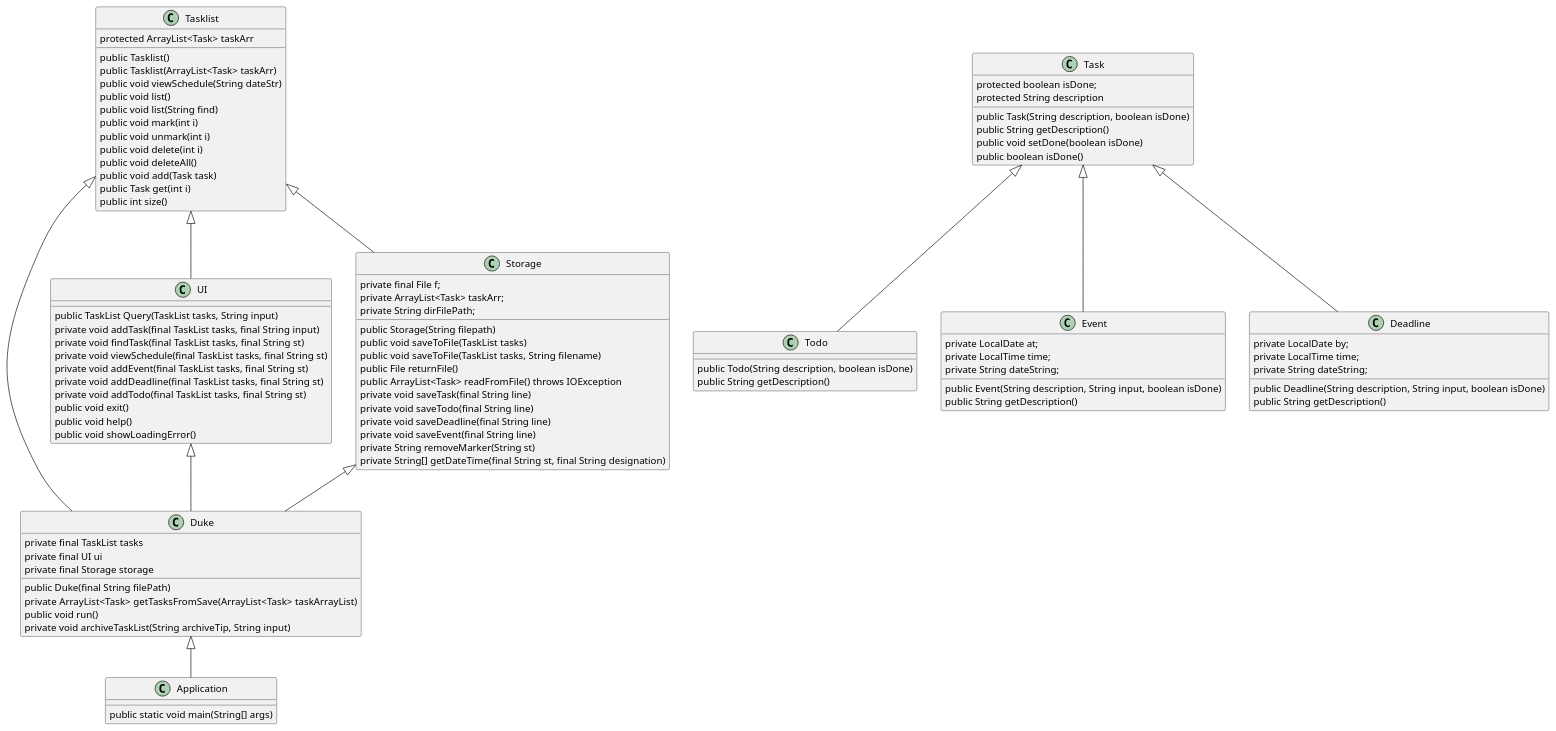
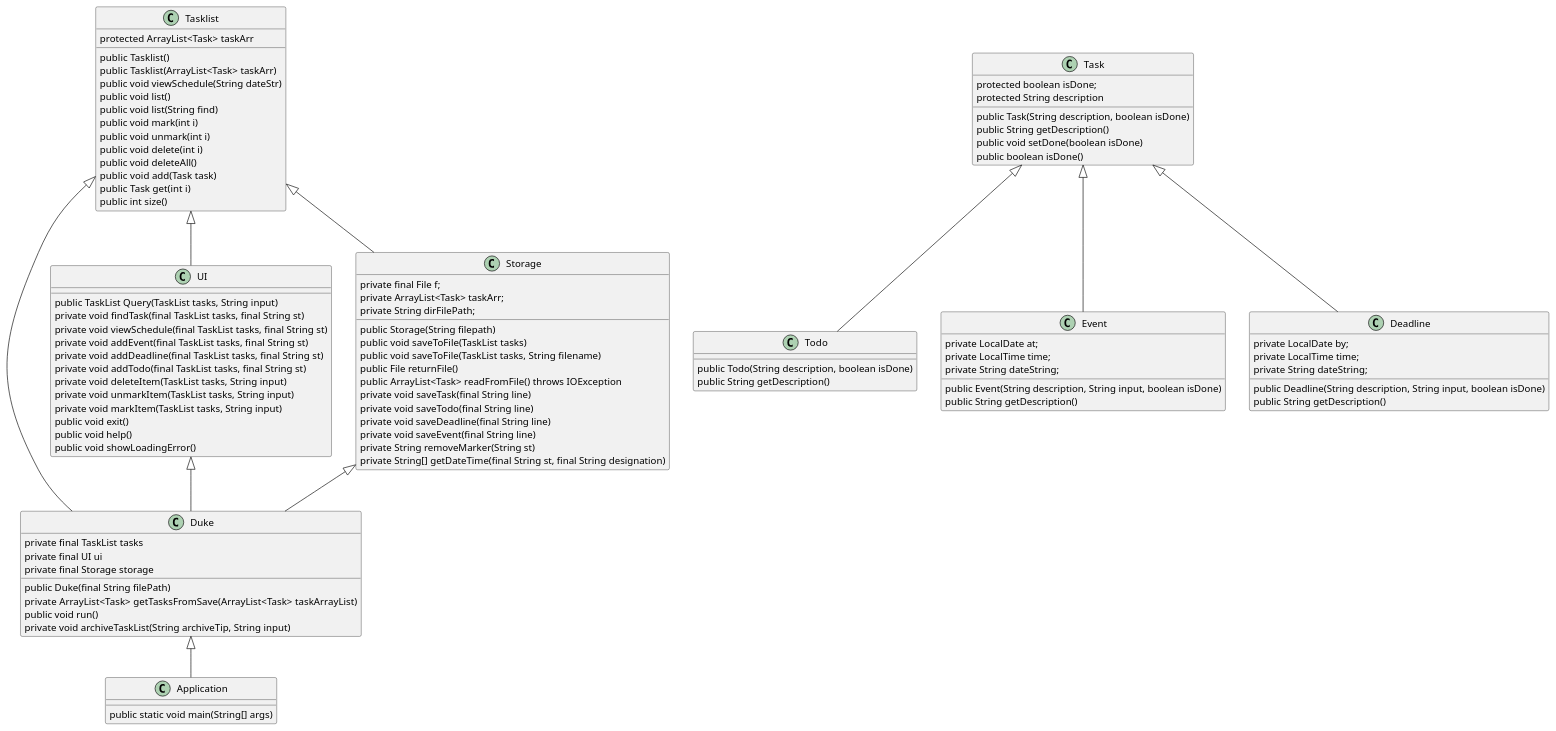
One commit to nus-tic2002-2022/ip changed the diagram in src/main/java/uml.puml. Above: the diagram before and after it, drawn with PlantUML. The commit also changed 2 other files, not shown here.

Commit message:
Level 9 (Final V)
Improved the help function to cover all scenarios.

Removed the default simple task feature.

Bug fixes for the following:
1. mark
2. unmark
3. delete

```diff
--- a/src/main/java/uml.puml
+++ b/src/main/java/uml.puml
@@ -1,102 +1,104 @@
 @startuml
 'https://plantuml.com/class-diagram
 
 Duke <|-- Application
 UI <|-- Duke
 Tasklist <|-- Duke
 Storage <|-- Duke
 Tasklist <|-- Storage
 Tasklist <|-- UI
 
 class Application {
     public static void main(String[] args)
 }
 
 class Duke {
     private final TaskList tasks
     private final UI ui
     private final Storage storage
     public Duke(final String filePath)
     private ArrayList<Task> getTasksFromSave(ArrayList<Task> taskArrayList)
     public void run()
     private void archiveTaskList(String archiveTip, String input)
 }
 
 class Tasklist {
     protected ArrayList<Task> taskArr
     public Tasklist()
     public Tasklist(ArrayList<Task> taskArr)
     public void viewSchedule(String dateStr)
     public void list()
     public void list(String find)
     public void mark(int i)
     public void unmark(int i)
     public void delete(int i)
     public void deleteAll()
     public void add(Task task)
     public Task get(int i)
     public int size()
 }
 
 class Storage {
     private final File f;
     private ArrayList<Task> taskArr;
     private String dirFilePath;
     public Storage(String filepath)
     public void saveToFile(TaskList tasks)
     public void saveToFile(TaskList tasks, String filename)
     public File returnFile()
     public ArrayList<Task> readFromFile() throws IOException
     private void saveTask(final String line)
     private void saveTodo(final String line)
     private void saveDeadline(final String line)
     private void saveEvent(final String line)
     private String removeMarker(String st)
     private String[] getDateTime(final String st, final String designation)
 }
 
 class UI {
     public TaskList Query(TaskList tasks, String input)
-    private void addTask(final TaskList tasks, final String input)
     private void findTask(final TaskList tasks, final String st)
     private void viewSchedule(final TaskList tasks, final String st)
     private void addEvent(final TaskList tasks, final String st)
     private void addDeadline(final TaskList tasks, final String st)
     private void addTodo(final TaskList tasks, final String st)
+    private void deleteItem(TaskList tasks, String input)
+    private void unmarkItem(TaskList tasks, String input)
+    private void markItem(TaskList tasks, String input)
     public void exit()
     public void help()
     public void showLoadingError()
 }
 
 class Task {
     protected boolean isDone;
     protected String description
     public Task(String description, boolean isDone)
     public String getDescription()
     public void setDone(boolean isDone)
     public boolean isDone()
 }
 
 class Todo extends Task {
     public Todo(String description, boolean isDone)
     public String getDescription()
  }
 
 class Event extends Task{
     private LocalDate at;
     private LocalTime time;
     private String dateString;
     public Event(String description, String input, boolean isDone)
     public String getDescription()
  }
 
  class Deadline extends Task{
      private LocalDate by;
      private LocalTime time;
      private String dateString;
      public Deadline(String description, String input, boolean isDone)
      public String getDescription()
  }
 
 
 @enduml
```
